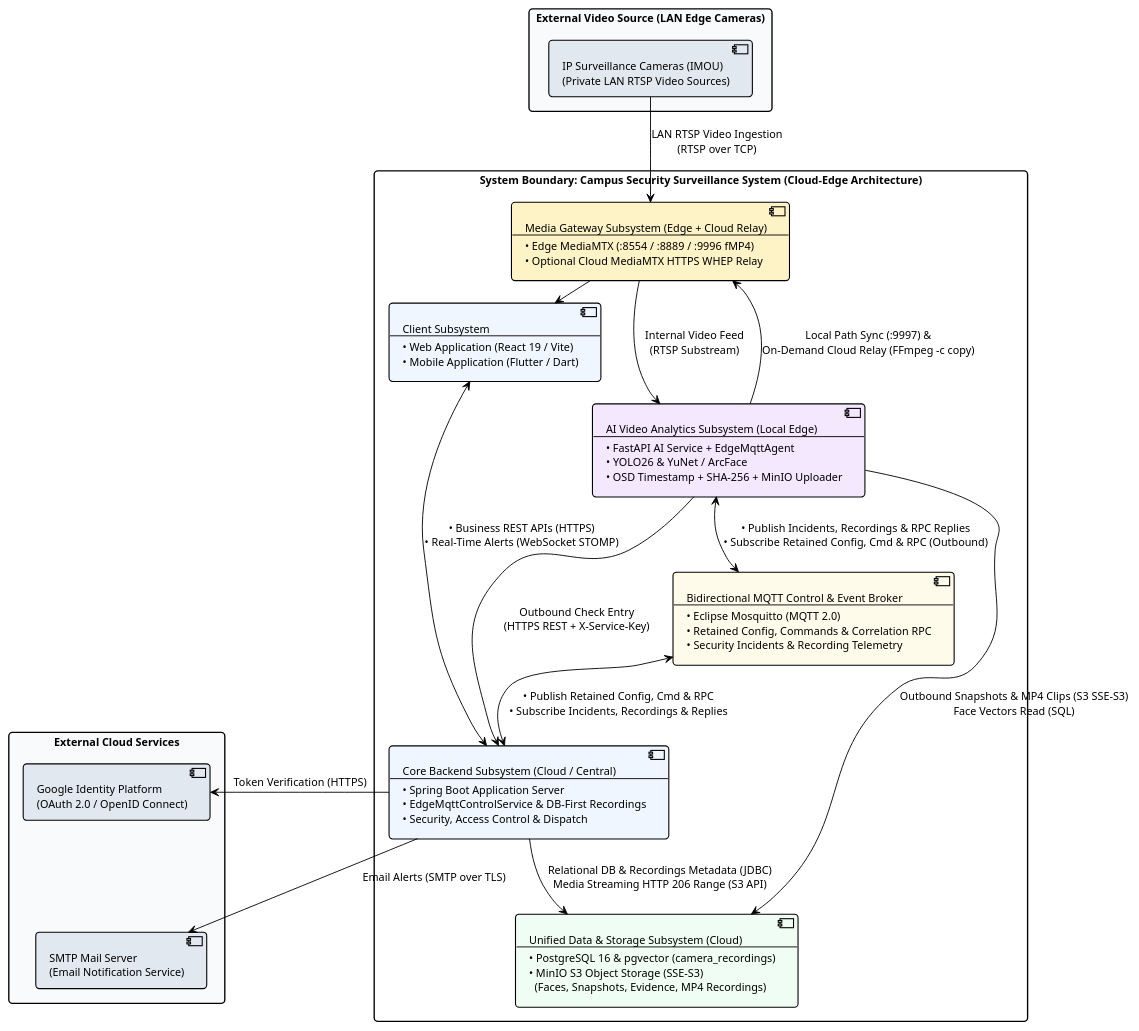
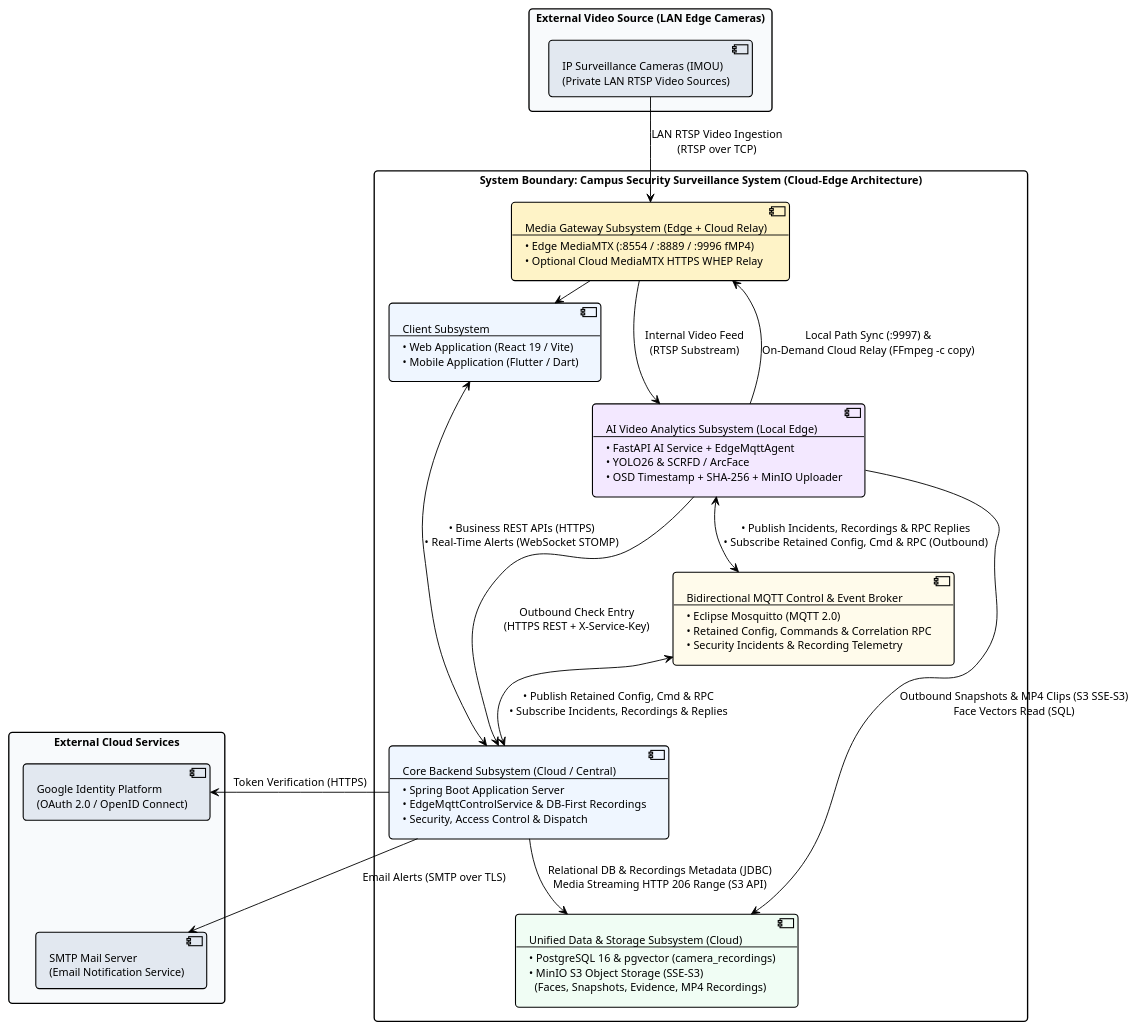
Before and after one commit to AnhHao2505/AI-Based-Intelligent-Campus-Security-Surveillance-System: the diagram in docs/diagrams/system_architecture.puml, drawn with PlantUML. The commit also changed 26 other files, not shown here.

First line of the commit message:
refactor(ai-service): remove YuNet face detector fallback, use SCRFD only

```diff
--- a/docs/diagrams/system_architecture.puml
+++ b/docs/diagrams/system_architecture.puml
@@ -1,90 +1,90 @@
 @startuml system_architecture
 !theme plain
 skinparam backgroundColor #FFFFFF
 skinparam defaultFontName Arial
 skinparam defaultFontSize 12
 skinparam roundCorner 8
 skinparam shadowing false
 skinparam packageStyle rectangle
 
 skinparam nodesep 50
 skinparam ranksep 50
 
 skinparam rectangle {
     BorderThickness 1.5
 }
 
 skinparam component {
     BorderThickness 1.2
 }
 
 ' ============================================================================
 ' 1. EXTERNAL VIDEO SOURCE (TOP)
 ' ============================================================================
 package "External Video Source (LAN Edge Cameras)" as ExtSources #F8FAFC {
     component "IP Surveillance Cameras (IMOU)\n(Private LAN RTSP Video Sources)" as ExtCameras #E2E8F0
 }
 
 ' ============================================================================
 ' 2. SYSTEM BOUNDARY: CAMPUS SECURITY SURVEILLANCE SYSTEM (CLOUD-EDGE)
 ' ============================================================================
 package "System Boundary: Campus Security Surveillance System (Cloud-Edge Architecture)" as SysBoundary #FFFFFF {
 
     ' Top Tier: Ingestion & Presentation
     component "Media Gateway Subsystem (Edge + Cloud Relay)\n--\n• Edge MediaMTX (:8554 / :8889 / :9996 fMP4)\n• Optional Cloud MediaMTX HTTPS WHEP Relay" as MediaGateway #FEF3C7
 
     component "Client Subsystem\n--\n• Web Application (React 19 / Vite)\n• Mobile Application (Flutter / Dart)" as ClientSubsys #EFF6FF
 
     ' Middle Tier: Processing & Event Pipeline
-    component "AI Video Analytics Subsystem (Local Edge)\n--\n• FastAPI AI Service + EdgeMqttAgent\n• YOLO26 & YuNet / ArcFace\n• OSD Timestamp + SHA-256 + MinIO Uploader" as AISubsys #F3E8FF
+    component "AI Video Analytics Subsystem (Local Edge)\n--\n• FastAPI AI Service + EdgeMqttAgent\n• YOLO26 & SCRFD / ArcFace\n• OSD Timestamp + SHA-256 + MinIO Uploader" as AISubsys #F3E8FF
 
     component "Bidirectional MQTT Control & Event Broker\n--\n• Eclipse Mosquitto (MQTT 2.0)\n• Retained Config, Commands & Correlation RPC\n• Security Incidents & Recording Telemetry" as MqttSubsys #FFFBEB
 
     component "Core Backend Subsystem (Cloud / Central)\n--\n• Spring Boot Application Server\n• EdgeMqttControlService & DB-First Recordings\n• Security, Access Control & Dispatch" as BackendSubsys #EFF6FF
 
     ' Bottom Tier: Persistence & Storage
     component "Unified Data & Storage Subsystem (Cloud)\n--\n• PostgreSQL 16 & pgvector (camera_recordings)\n• MinIO S3 Object Storage (SSE-S3)\n  (Faces, Snapshots, Evidence, MP4 Recordings)" as StorageSubsys #F0FDF4
 }
 
 ' ============================================================================
 ' 3. EXTERNAL CLOUD SERVICES (RIGHT - VERTICAL ALIGNMENT)
 ' ============================================================================
 package "External Cloud Services" as ExtServices #F8FAFC {
     component "Google Identity Platform\n(OAuth 2.0 / OpenID Connect)" as ExtGoogle #E2E8F0
     component "SMTP Mail Server\n(Email Notification Service)" as ExtMail #E2E8F0
 }
 
 ' Enforce vertical stacking for External Cloud Services
 ExtGoogle -[hidden]down-> ExtMail
 
 ' ============================================================================
 ' STREAMLINED DATA FLOWS & PROTOCOLS (100% OUTBOUND-ONLY FROM EDGE)
 ' ============================================================================
 
 ' 1. Video Ingestion from Top into System Boundary
 ExtCameras -down-> MediaGateway : "LAN RTSP Video Ingestion\n(RTSP over TCP)"
 
 ' 2. Media Streaming & Client Distribution
 MediaGateway -right-> ClientSubsys : "Dual-Endpoint Live Preview\n(LAN WHEP / Cloud HTTPS WHEP)"
 MediaGateway -down-> AISubsys : "Internal Video Feed\n(RTSP Substream)"
 AISubsys -up-> MediaGateway : "Local Path Sync (:9997) &\nOn-Demand Cloud Relay (FFmpeg -c copy)"
 
 ' 3. Client & Core Backend Communication
 ClientSubsys <--> BackendSubsys : "• Business REST APIs (HTTPS)\n• Real-Time Alerts (WebSocket STOMP)"
 
 ' 4. Outbound-Only Edge-to-Cloud Access Check
 AISubsys -right-> BackendSubsys : "Outbound Check Entry\n(HTTPS REST + X-Service-Key)"
 
 ' 5. Bidirectional Outbound-Only MQTT Control & Event Plane
 AISubsys <--> MqttSubsys : "• Publish Incidents, Recordings & RPC Replies\n• Subscribe Retained Config, Cmd & RPC (Outbound)"
 MqttSubsys <--> BackendSubsys : "• Publish Retained Config, Cmd & RPC\n• Subscribe Incidents, Recordings & Replies"
 
 ' 6. Data Persistence & Unified Object Storage
 AISubsys -down-> StorageSubsys : "Outbound Snapshots & MP4 Clips (S3 SSE-S3)\nFace Vectors Read (SQL)"
 BackendSubsys -down-> StorageSubsys : "Relational DB & Recordings Metadata (JDBC)\nMedia Streaming HTTP 206 Range (S3 API)"
 
 ' 7. External Cloud Integrations (Right side)
 BackendSubsys -right-> ExtGoogle : "Token Verification (HTTPS)"
 BackendSubsys -right-> ExtMail : "Email Alerts (SMTP over TLS)"
 
 @enduml
```
